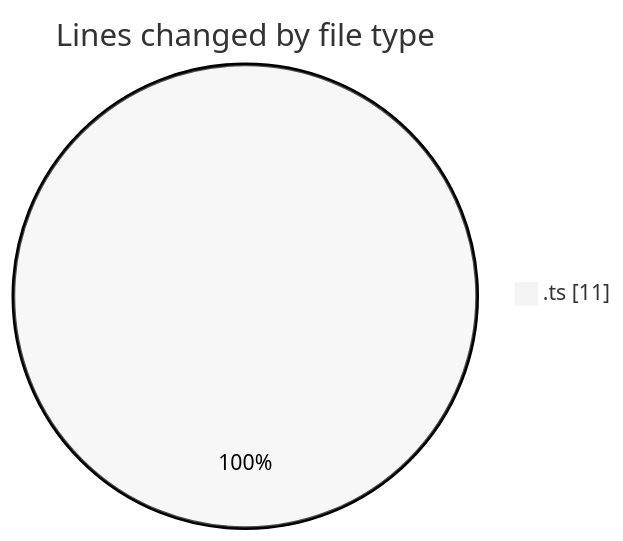
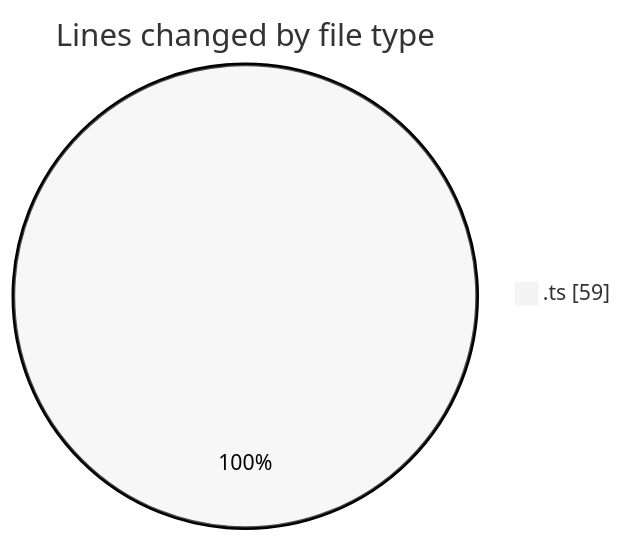
One commit to momahboobian/code-tracking changed the first of 2 diagrams in 2025-07-29/cda/README.md. Above: the diagram before and after it, drawn with Mermaid (neutral theme). The commit also changed other lines of this file and 1 other file, not shown here.

````diff
--- a/2025-07-29/cda/README.md
+++ b/2025-07-29/cda/README.md
@@ -21,5 +21,5 @@
 ```mermaid
 pie showData
 title Lines changed by file type
-".ts" : 11
+".ts" : 59
 ```
````
